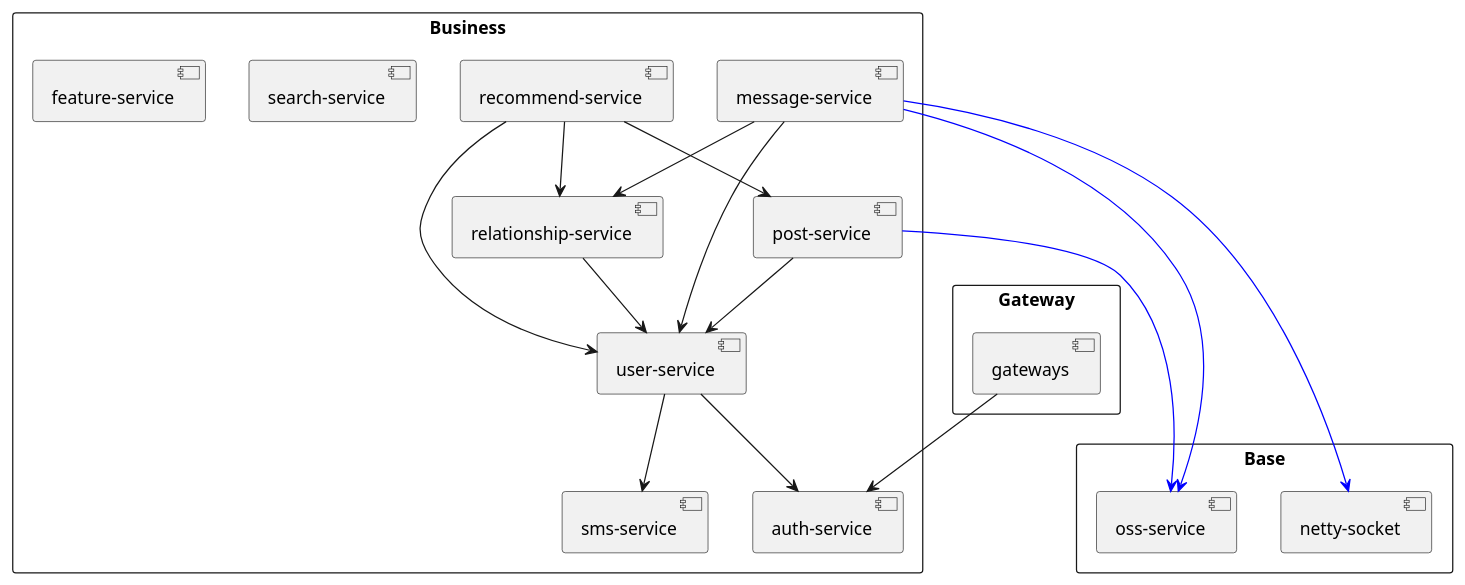
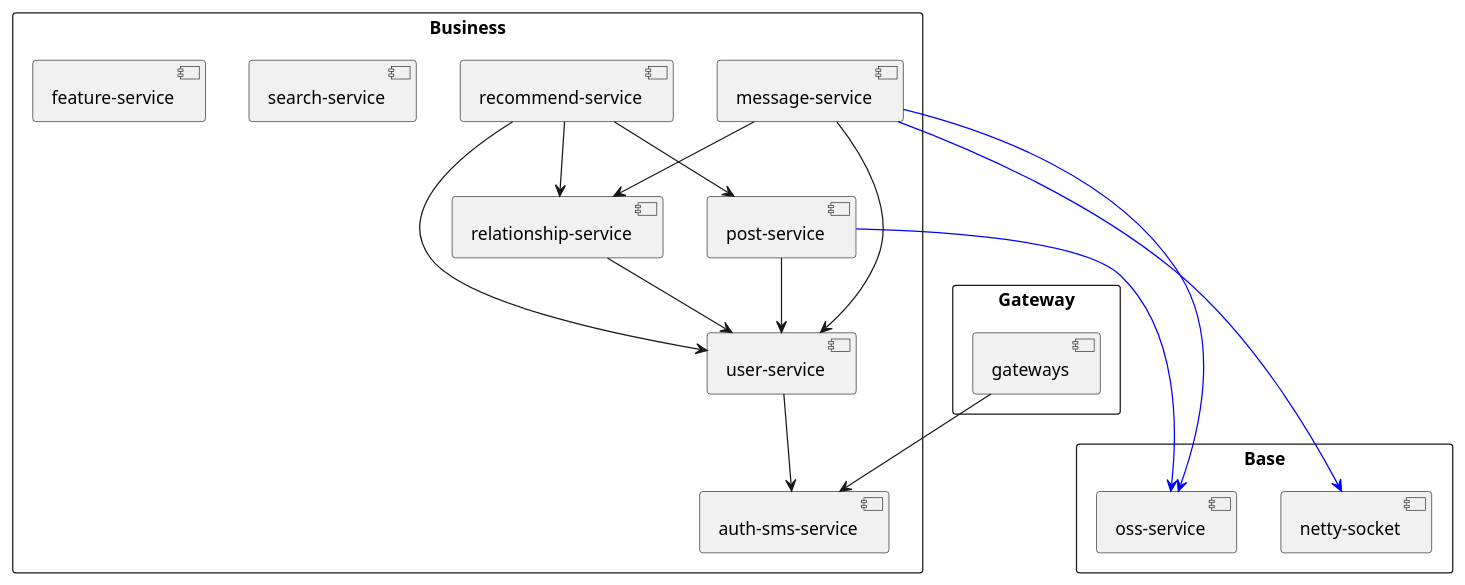
One commit to nangong918/SmartMedicine-App changed the diagram in spring-server/docs/service依赖树.puml. Above: the diagram before and after it, drawn with PlantUML. The commit also changed 29 other files, not shown here.

```diff
--- a/spring-server/docs/service依赖树.puml
+++ b/spring-server/docs/service依赖树.puml
@@ -1,45 +1,43 @@
 @startuml
 skinparam packageStyle rectangle
 
 
 package "Base" {
     [netty-socket]
     [oss-service]
 }
 
 package "Business" {
     [user-service]
-    [auth-service]
-    [sms-service]
+    [auth-sms-service]
     [message-service]
     [relationship-service]
     [post-service]
     [recommend-service]
     [search-service]
     [feature-service]
 
     [message-service] --> [user-service]
     [message-service] --> [relationship-service]
     [message-service] -[#0000FF]--> [oss-service]
     [message-service] -[#0000FF]--> [netty-socket]
 
     [relationship-service] --> [user-service]
 
-    [user-service] --> [auth-service]
-    [user-service] --> [sms-service]
+    [user-service] --> [auth-sms-service]
 
     [post-service] --> [user-service]
     [post-service] -[#0000FF]--> [oss-service]
 
     [recommend-service] --> [user-service]
     [recommend-service] --> [post-service]
     [recommend-service] --> [relationship-service]
 }
 
 package "Gateway" {
     [gateways]
 
-    [gateways] --> [auth-service]
+    [gateways] --> [auth-sms-service]
 }
 
 @enduml
```
